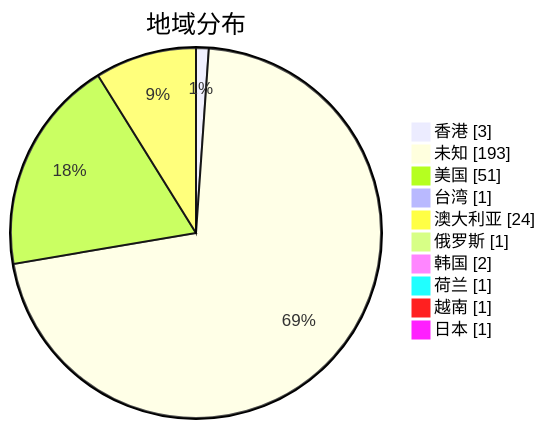
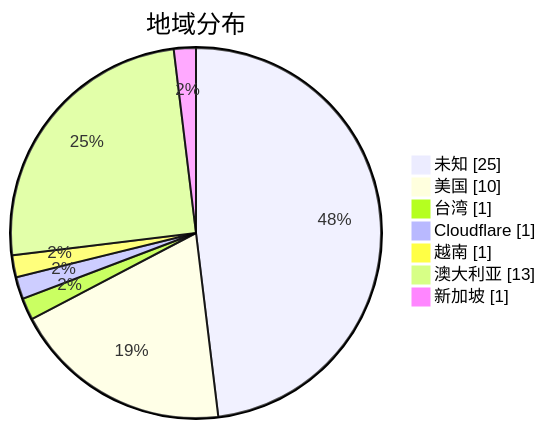
Before and after one commit to sinspired/airport: the second of 3 diagrams in subs/statistics/tested_within.md, drawn with Mermaid. The commit also changed other lines of this file and 2 other files, not shown here.

````diff
--- a/subs/statistics/tested_within.md
+++ b/subs/statistics/tested_within.md
@@ -17,14 +11,11 @@
 ```mermaid
 pie showData
 title 地域分布
-"香港" : 3
-"未知" : 193
-"美国" : 51
+"未知" : 25
+"美国" : 10
 "台湾" : 1
-"澳大利亚" : 24
-"俄罗斯" : 1
-"韩国" : 2
-"荷兰" : 1
+"Cloudflare" : 1
 "越南" : 1
-"日本" : 1
+"澳大利亚" : 13
+"新加坡" : 1
 ```
````
